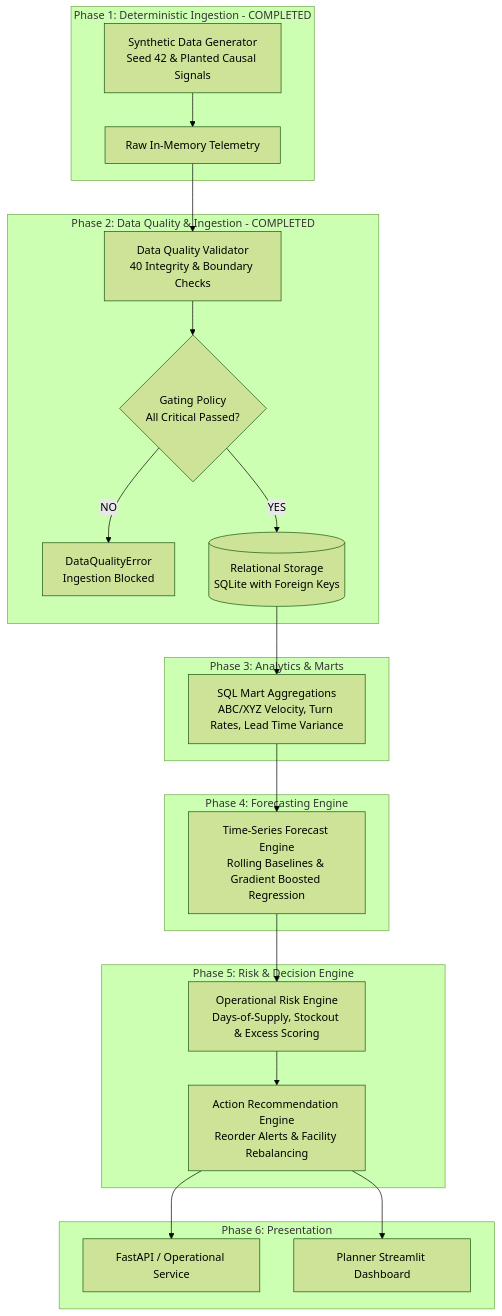
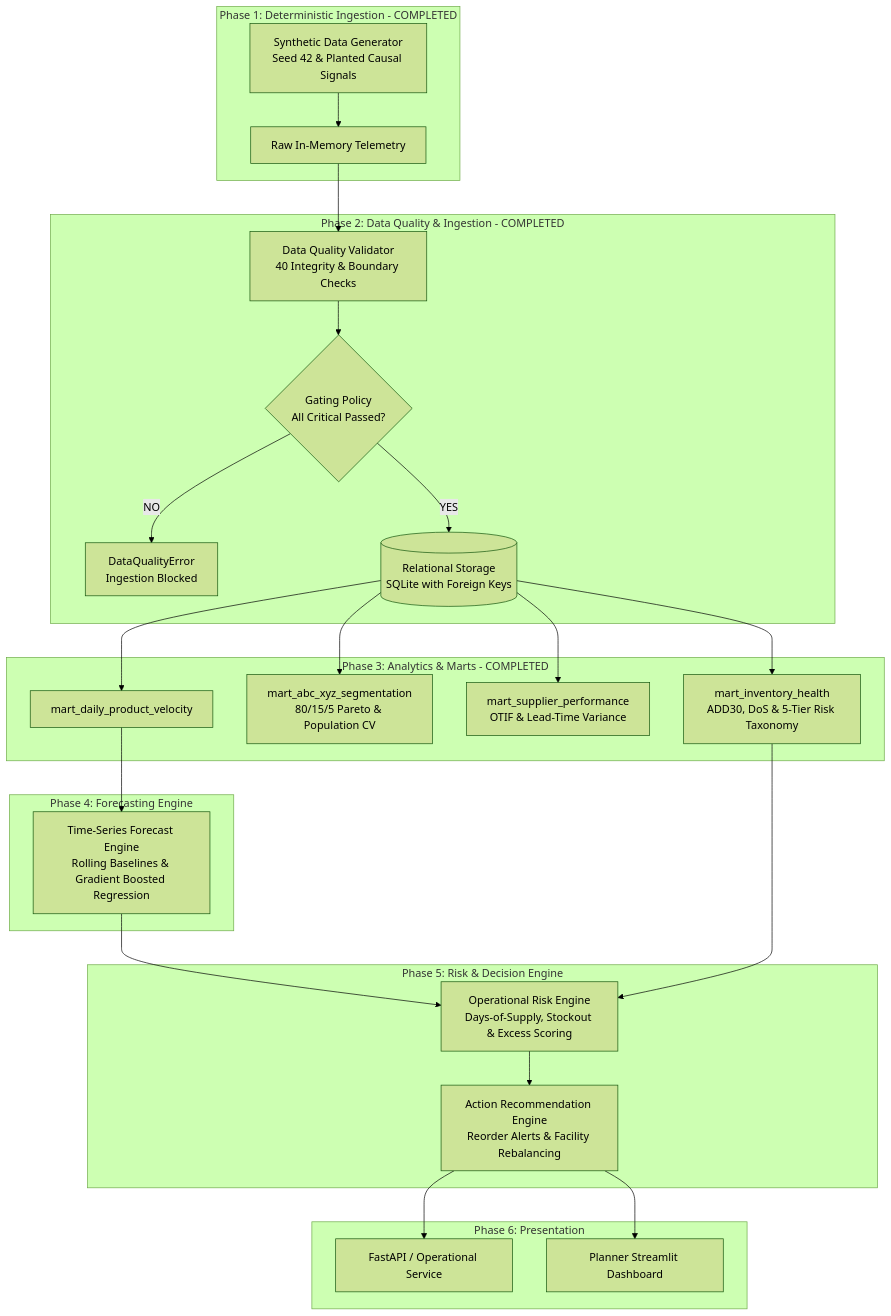
Before and after one commit to rishav579/Real-Time-Demand-Risk-Intelligence-Engine: the diagram in docs/ARCHITECTURE.md, drawn with Mermaid (forest theme). The commit also changed other lines of this file and 12 other files, not shown here.

Commit message:
feat: build analytical marts and risk intelligence

````diff
--- a/docs/ARCHITECTURE.md
+++ b/docs/ARCHITECTURE.md
@@ -16,31 +17,35 @@
 ```mermaid
 flowchart TD
     subgraph S1 [Phase 1: Deterministic Ingestion - COMPLETED]
         G[Synthetic Data Generator<br/>Seed 42 & Planted Causal Signals] --> RAW[Raw In-Memory Telemetry]
     end
 
     subgraph S2 [Phase 2: Data Quality & Ingestion - COMPLETED]
         RAW --> DQ[Data Quality Validator<br/>40 Integrity & Boundary Checks]
         DQ --> GATE{Gating Policy<br/>All Critical Passed?}
         GATE -- NO --> REJ[DataQualityError<br/>Ingestion Blocked]
         GATE -- YES --> DB[(Relational Storage<br/>SQLite with Foreign Keys)]
     end
 
-    subgraph S3 [Phase 3: Analytics & Marts]
-        DB --> SQL[SQL Mart Aggregations<br/>ABC/XYZ Velocity, Turn Rates, Lead Time Variance]
+    subgraph S3 [Phase 3: Analytics & Marts - COMPLETED]
+        DB --> MART1[mart_daily_product_velocity]
+        DB --> MART2[mart_abc_xyz_segmentation<br/>80/15/5 Pareto & Population CV]
+        DB --> MART3[mart_supplier_performance<br/>OTIF & Lead-Time Variance]
+        DB --> MART4[mart_inventory_health<br/>ADD30, DoS & 5-Tier Risk Taxonomy]
     end
 
     subgraph S4 [Phase 4: Forecasting Engine]
-        SQL --> FC[Time-Series Forecast Engine<br/>Rolling Baselines & Gradient Boosted Regression]
+        MART1 --> FC[Time-Series Forecast Engine<br/>Rolling Baselines & Gradient Boosted Regression]
     end
 
     subgraph S5 [Phase 5: Risk & Decision Engine]
         FC --> RE[Operational Risk Engine<br/>Days-of-Supply, Stockout & Excess Scoring]
+        MART4 --> RE
         RE --> REC[Action Recommendation Engine<br/>Reorder Alerts & Facility Rebalancing]
     end
 
     subgraph S6 [Phase 6: Presentation]
         REC --> API[FastAPI / Operational Service]
         REC --> UI[Planner Streamlit Dashboard]
     end
 ```
````
